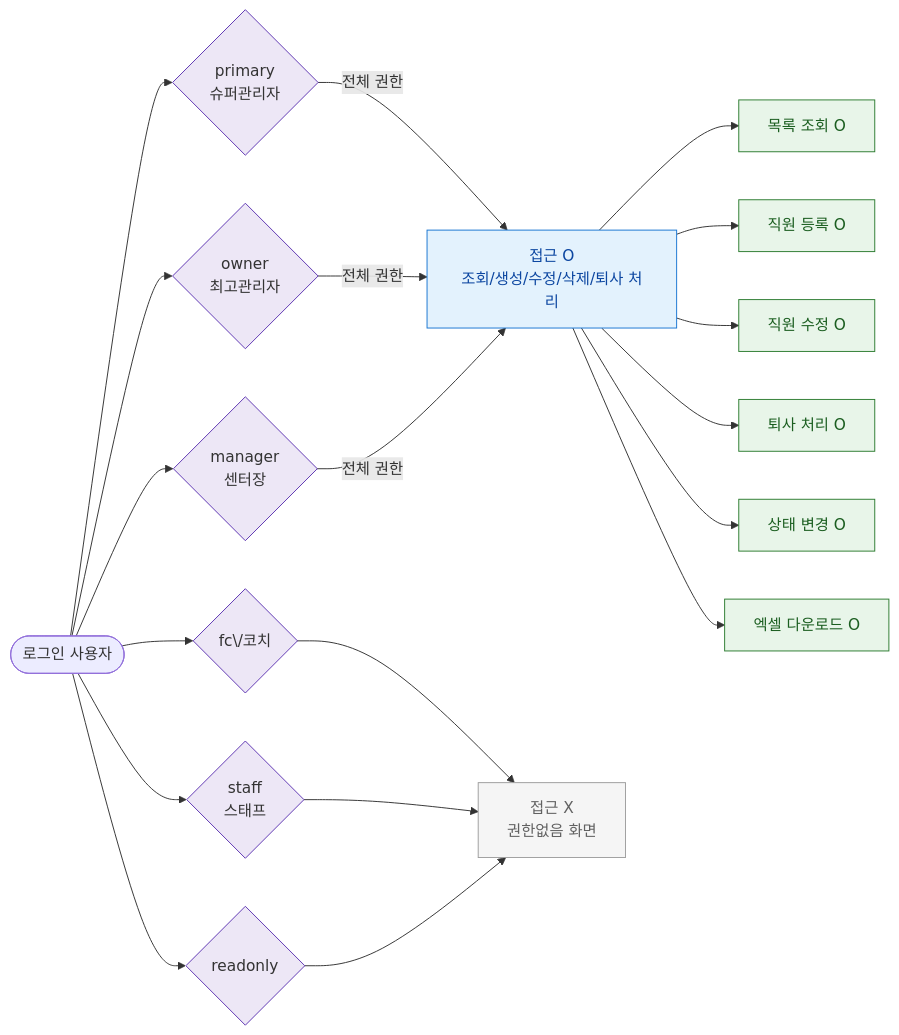
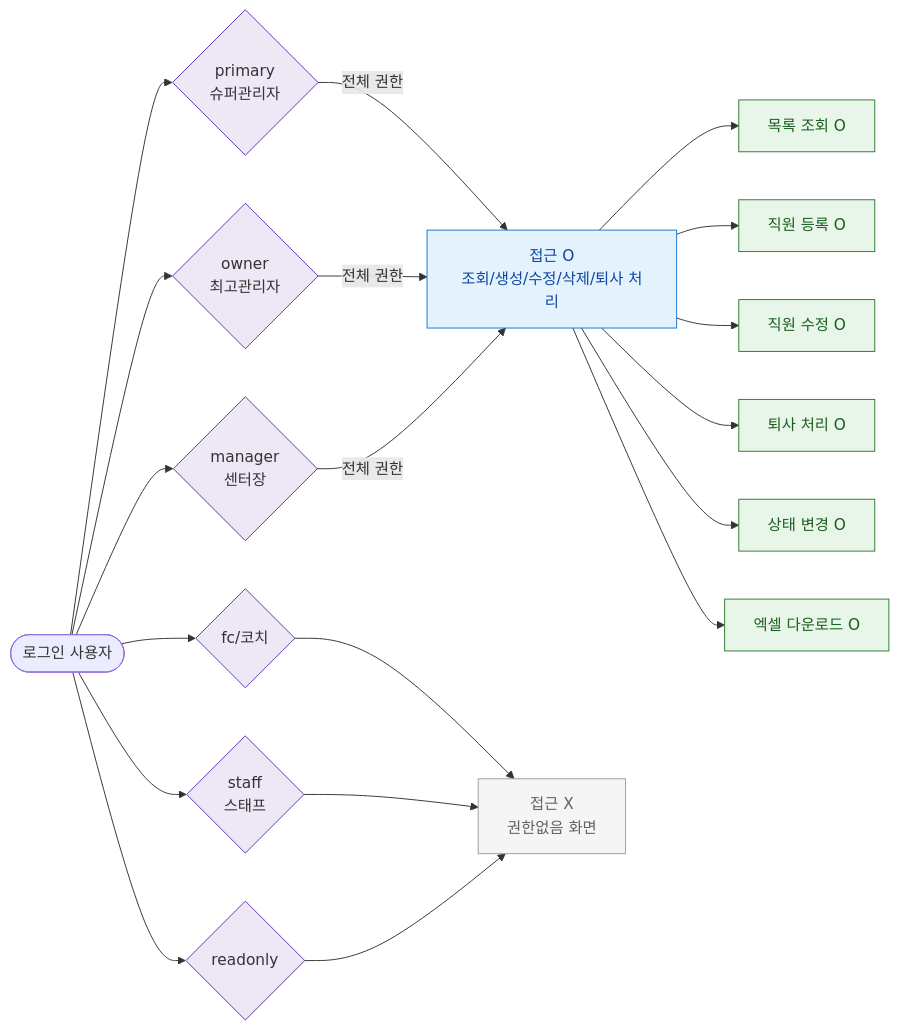
One commit to dev-spogym/admin-pando changed the diagram in docs/admin/다이어그램/D07_직원관리/SCR-060_직원목록/F7_권한분기.md. Above: the diagram before and after it, drawn with Mermaid. The commit also changed 369 other files, not shown here.

````diff
--- a/docs/admin/다이어그램/D07_직원관리/SCR-060_직원목록/F7_권한분기.md
+++ b/docs/admin/다이어그램/D07_직원관리/SCR-060_직원목록/F7_권한분기.md
@@ -20,36 +20,36 @@
 ```mermaid
 flowchart LR
   USER([로그인 사용자])
 
   USER --> ROLE_PRIMARY{primary\n슈퍼관리자}
   USER --> ROLE_OWNER{owner\n최고관리자}
   USER --> ROLE_MANAGER{manager\n센터장}
-  USER --> ROLE_FC{fc\/코치}
+  USER --> ROLE_FC{fc/코치}
   USER --> ROLE_STAFF{staff\n스태프}
   USER --> ROLE_READONLY{readonly}
 
   ROLE_PRIMARY -->|전체 권한|ACCESS_FULL[접근 O\n조회/생성/수정/삭제/퇴사 처리]
   ROLE_OWNER -->|전체 권한|ACCESS_FULL
   ROLE_MANAGER -->|전체 권한|ACCESS_FULL
 
   ROLE_FC --> BLOCKED[접근 X\n권한없음 화면]
   ROLE_STAFF --> BLOCKED
   ROLE_READONLY --> BLOCKED
 
   ACCESS_FULL --> ACT_VIEW[목록 조회 O]
   ACCESS_FULL --> ACT_CREATE[직원 등록 O]
   ACCESS_FULL --> ACT_EDIT[직원 수정 O]
   ACCESS_FULL --> ACT_RESIGN[퇴사 처리 O]
   ACCESS_FULL --> ACT_STATUS[상태 변경 O]
   ACCESS_FULL --> ACT_EXPORT[엑셀 다운로드 O]
 
   classDef screen fill:#E3F2FD,stroke:#1976D2,color:#0D47A1
   classDef rbacBlocked fill:#F5F5F5,stroke:#9E9E9E,color:#616161
   classDef success fill:#E8F5E9,stroke:#2E7D32,color:#1B5E20
   classDef system fill:#EDE7F6,stroke:#5E35B2
 
   class ACCESS_FULL screen
   class BLOCKED rbacBlocked
   class ACT_VIEW,ACT_CREATE,ACT_EDIT,ACT_RESIGN,ACT_STATUS,ACT_EXPORT success
   class ROLE_PRIMARY,ROLE_OWNER,ROLE_MANAGER,ROLE_FC,ROLE_STAFF,ROLE_READONLY system
 ```
````
